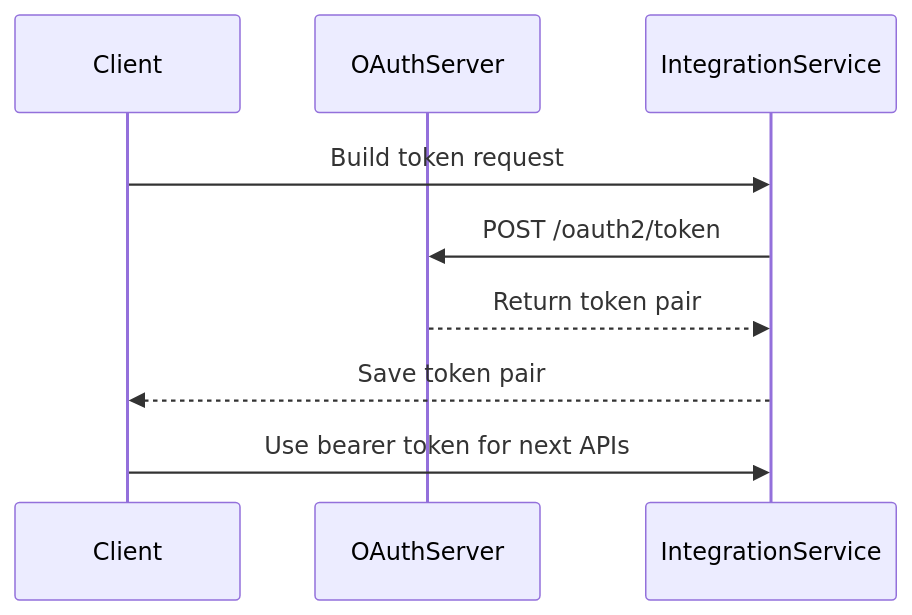
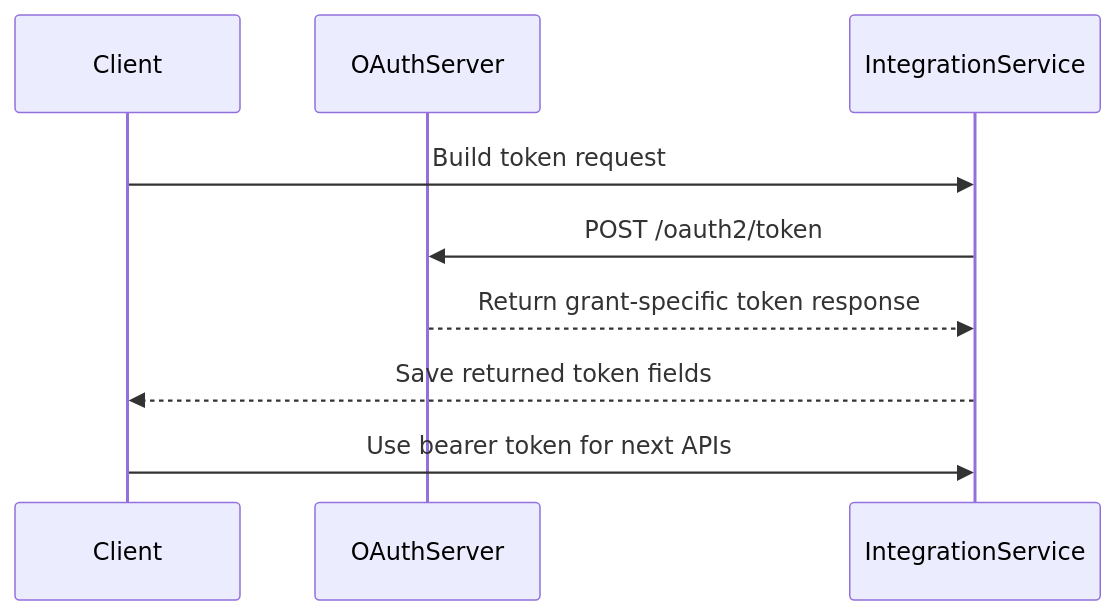
Before and after one commit to EugeneJian/growatt-unified-api: the diagram in Growatt API/OPENAPI/02_api_access_token.md, drawn with Mermaid. The commit also changed other lines of this file and 26 other files, not shown here.

````diff
--- a/Growatt API/OPENAPI/02_api_access_token.md
+++ b/Growatt API/OPENAPI/02_api_access_token.md
@@ -20,13 +20,13 @@
 ```mermaid
 %% 本代码严格遵循AI生成Mermaid代码的终极准则v4.1（Mermaid终极大师）
 sequenceDiagram
     participant Client as Client
     participant OAuth as OAuthServer
     participant App as IntegrationService
 
     Client->>App: Build token request
     App->>OAuth: POST /oauth2/token
-    OAuth-->>App: Return token pair
-    App-->>Client: Save token pair
+    OAuth-->>App: Return grant-specific token response
+    App-->>Client: Save returned token fields
     Client->>App: Use bearer token for next APIs
 ```
````
